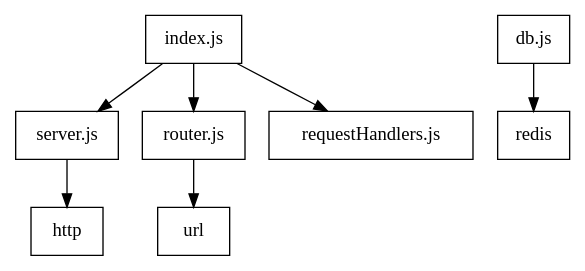
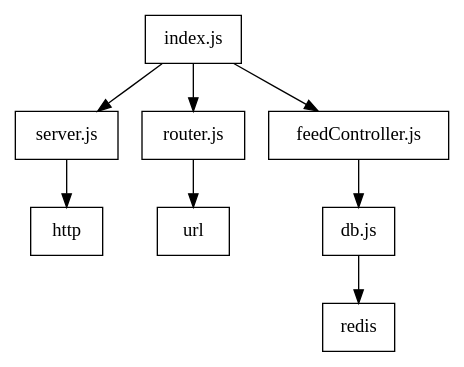
The diagram in docs/rsss.dot (sgoodwin/RSSS-Mark-3), drawn with Graphviz before and after one commit. The commit also changed 5 other files, not shown here.

```diff
--- a/docs/rsss.dot
+++ b/docs/rsss.dot
@@ -1,10 +1,12 @@
 digraph G {
 	node [shape=box];	
 	"index.js" -> "server.js";
 	"index.js" -> "router.js";
-	"index.js" -> "requestHandlers.js";
+	"index.js" -> "feedController.js";
+	
+	"feedController.js" -> "db.js";
 	
 	"router.js" -> "url";
 	"server.js" -> "http";
 	"db.js" -> "redis";
 }
```
